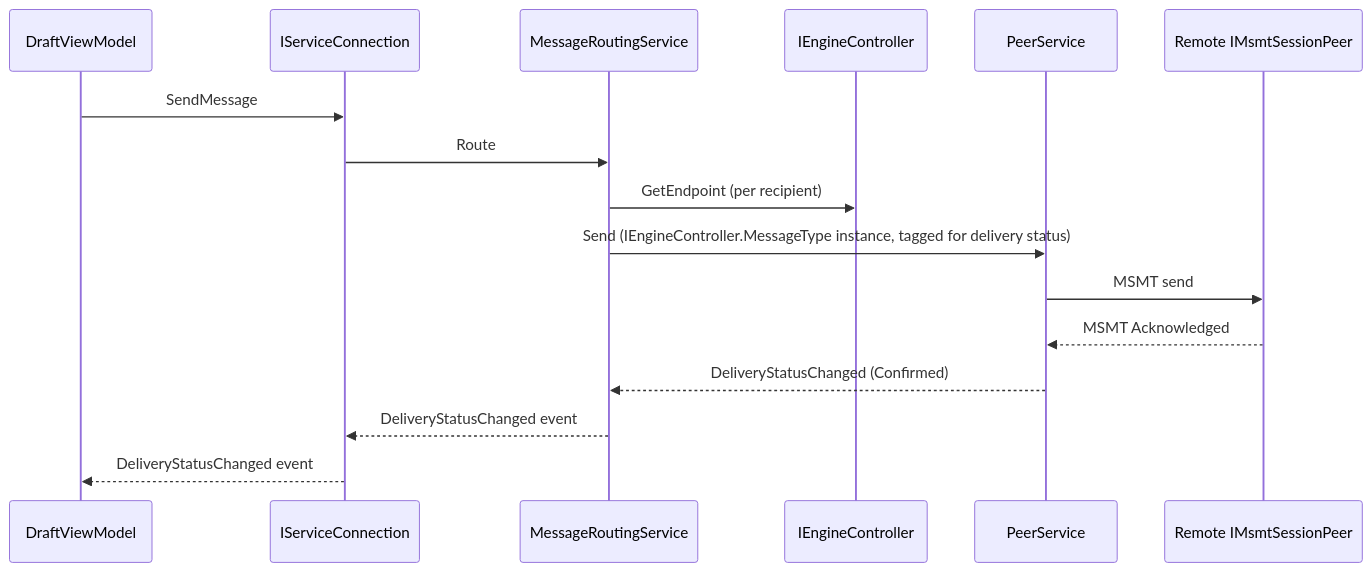
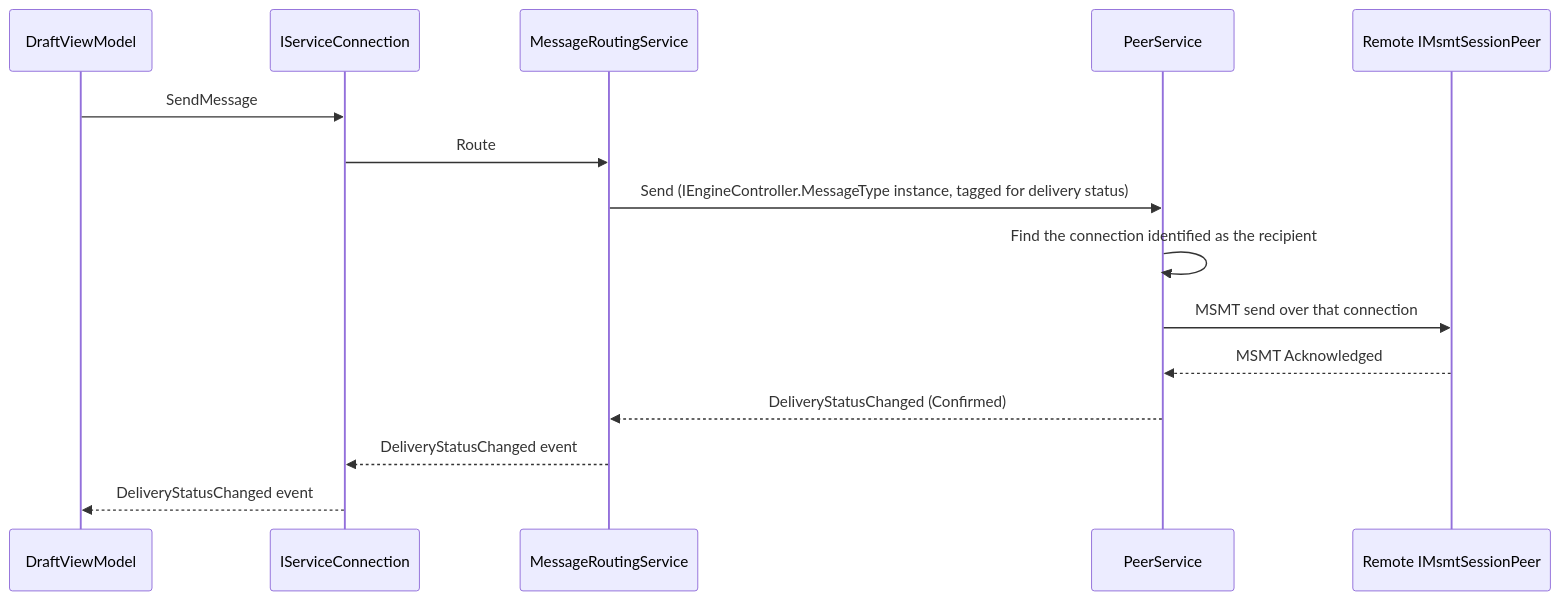
One commit to Blue-Heighliner/Comlink changed the second of 5 diagrams in Docs/Architecture.md. Above: the diagram before and after it, drawn with Mermaid. The commit also changed other lines of this file and 62 other files, not shown here.

````diff
--- a/Docs/Architecture.md
+++ b/Docs/Architecture.md
@@ -63,18 +63,17 @@
 ```mermaid
 sequenceDiagram
     participant DVM as DraftViewModel
     participant SC as IServiceConnection
     participant MRS as MessageRoutingService
-    participant SL as IEngineController
     participant PS as PeerService
     participant RP as Remote IMsmtSessionPeer
     DVM->>SC: SendMessage
     SC->>MRS: Route
-    MRS->>SL: GetEndpoint (per recipient)
     MRS->>PS: Send (IEngineController.MessageType instance, tagged for delivery status)
-    PS->>RP: MSMT send
+    PS->>PS: Find the connection identified as the recipient
+    PS->>RP: MSMT send over that connection
     RP-->>PS: MSMT Acknowledged
     PS-->>MRS: DeliveryStatusChanged (Confirmed)
     MRS-->>SC: DeliveryStatusChanged event
     SC-->>DVM: DeliveryStatusChanged event
 ```
````
